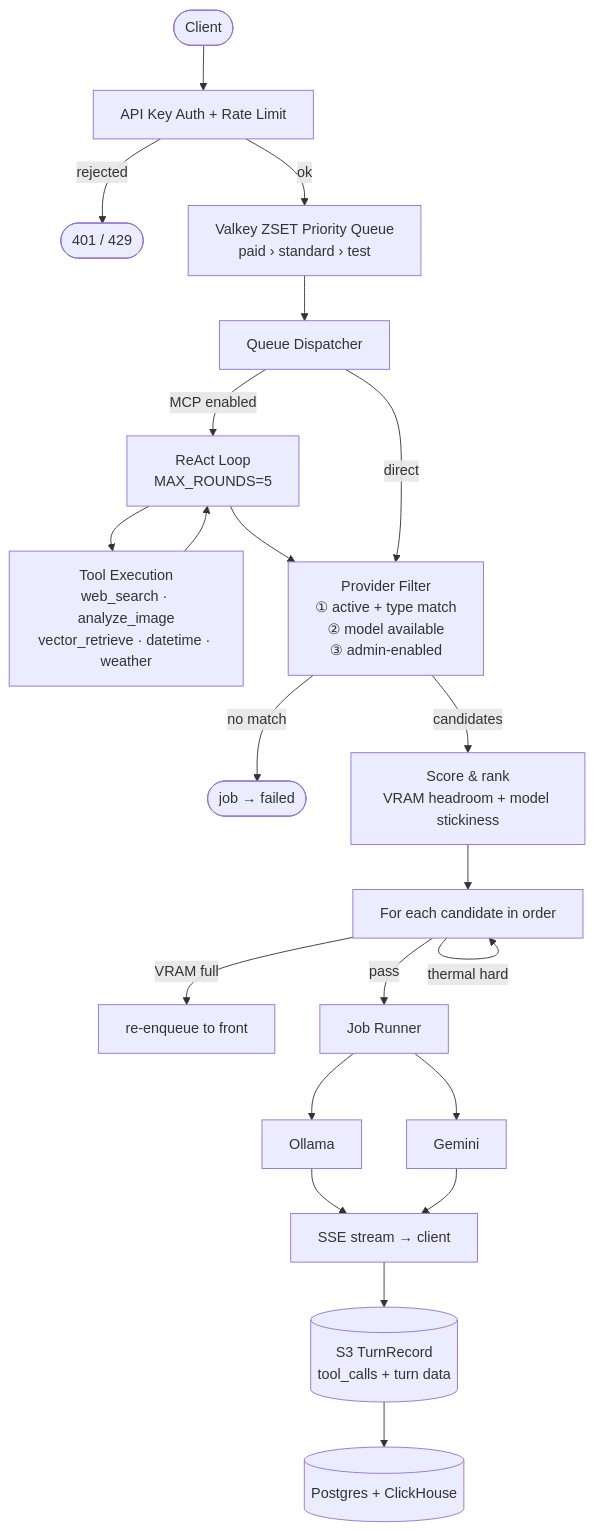
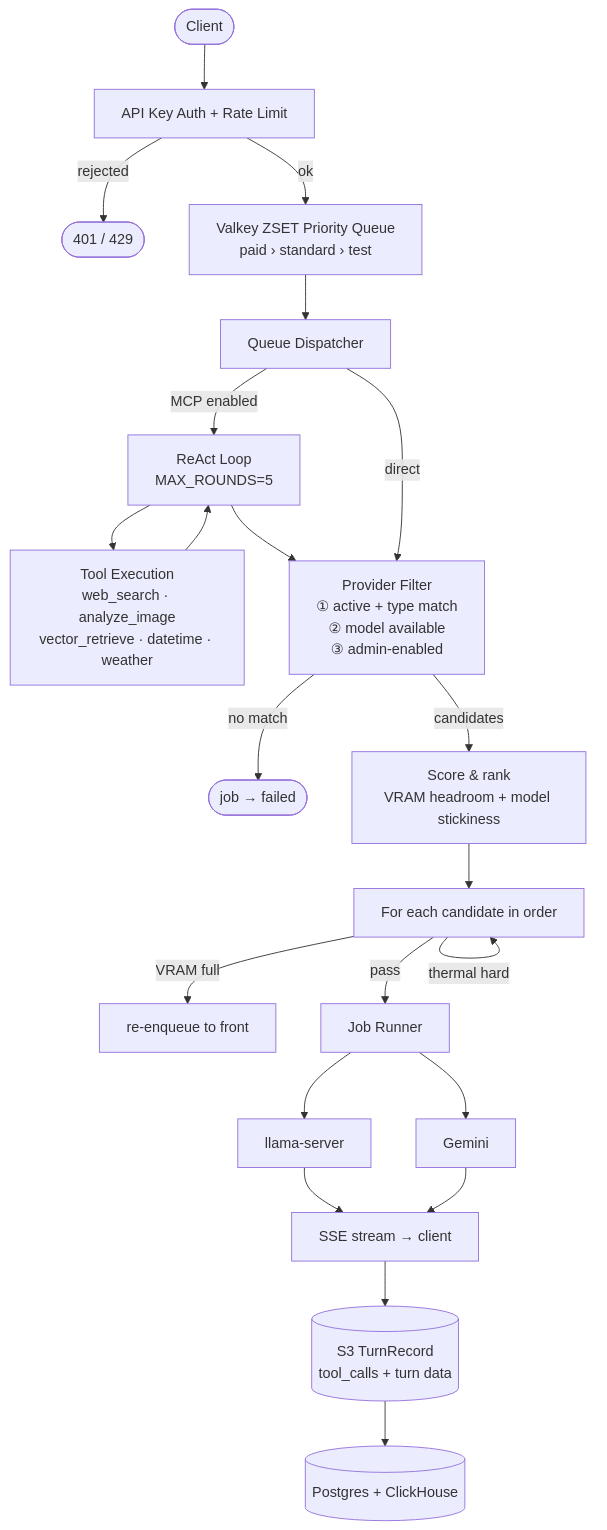
One commit to beegy-labs/veronex changed the first of 2 diagrams in README.md. Above: the diagram before and after it, drawn with Mermaid. The commit also changed other lines of this file and 239 other files, not shown here.

````diff
--- a/README.md
+++ b/README.md
@@ -50,28 +49,28 @@
 ```mermaid
 flowchart TD
     C([Client]) --> M[API Key Auth + Rate Limit]
     M -->|rejected| E([401 / 429])
     M -->|ok| Q[Valkey ZSET Priority Queue\npaid › standard › test]
 
     Q --> D[Queue Dispatcher]
     D -->|MCP enabled| MCP[ReAct Loop\nMAX_ROUNDS=5]
     MCP --> TOOLS[Tool Execution\nweb_search · analyze_image\nvector_retrieve · datetime · weather]
     TOOLS --> MCP
     MCP --> F
 
     D -->|direct| F[Provider Filter\n① active + type match\n② model available\n③ admin-enabled]
     F -->|no match| FAIL([job → failed])
     F -->|candidates| S[Score & rank\nVRAM headroom + model stickiness]
 
     S --> GATE["For each candidate in order"]
     GATE -->|circuit open| GATE
     GATE -->|thermal hard| GATE
     GATE -->|VRAM full| RQ[re-enqueue to front]
     GATE -->|pass| RUN[Job Runner]
 
-    RUN --> OL[Ollama]
+    RUN --> OL[llama-server]
     RUN --> GM[Gemini]
     OL & GM --> SSE[SSE stream → client]
     SSE --> S3[(S3 TurnRecord\ntool_calls + turn data)]
     S3 --> OBS[(Postgres + ClickHouse)]
 ```
````
